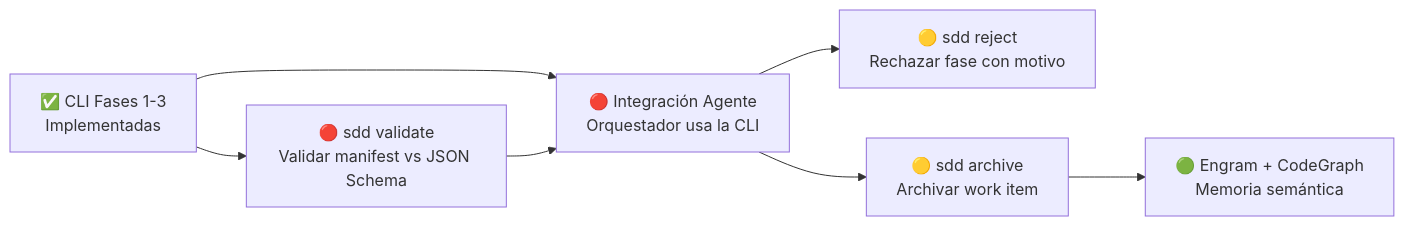
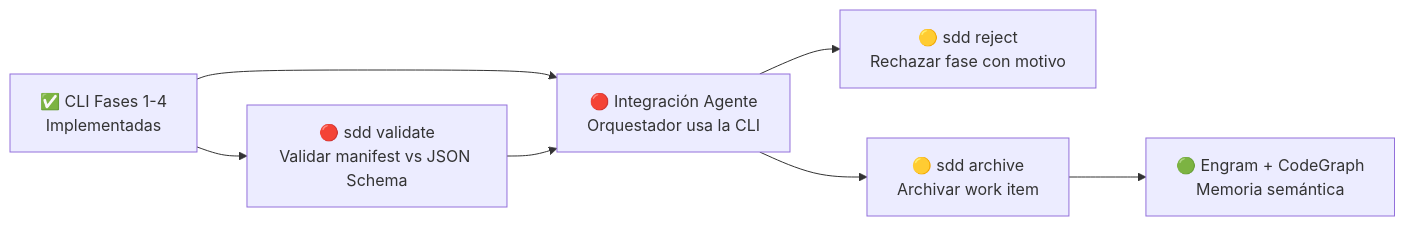
The third of 3 diagrams in docs/7-cli-impl-documentacion.md (matiasezequieldimuro/ssd-workflow), drawn with Mermaid before and after one commit. The commit also changed other lines of this file and 37 other files, not shown here.

````diff
--- a/docs/7-cli-impl-documentacion.md
+++ b/docs/7-cli-impl-documentacion.md
@@ -336,16 +449,16 @@
 ```mermaid
 graph LR
-    CLI["✅ CLI Fases 1-3\nImplementadas"]
+    CLI["✅ CLI Fases 1-4\nImplementadas"]
     VALIDATE["🔴 sdd validate\nValidar manifest vs JSON Schema"]
     AGENT["🔴 Integración Agente\nOrquestador usa la CLI"]
     REJECT["🟡 sdd reject\nRechazar fase con motivo"]
     ARCHIVE["🟡 sdd archive\nArchivar work item"]
     ENGRAM["🟢 Engram + CodeGraph\nMemoria semántica"]
 
     CLI --> VALIDATE
     CLI --> AGENT
     VALIDATE --> AGENT
     AGENT --> REJECT
     AGENT --> ARCHIVE
     ARCHIVE --> ENGRAM
 ```
````
